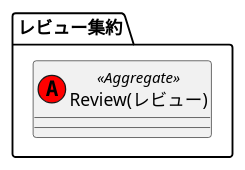
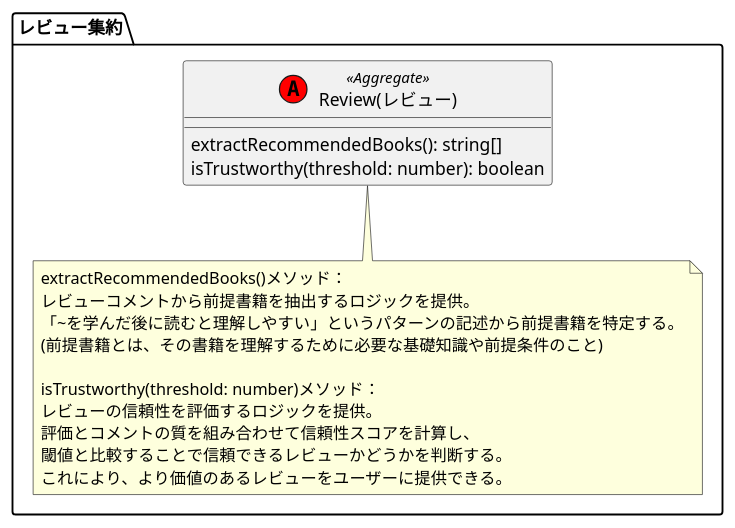
Before and after one commit to y-takagiiii/ddd-bookstore-catalog: the diagram in CatalogService/Domain/models/Review/Review.pu, drawn with PlantUML.

Commit message:
レビュー集約にビジネスロジックを追加

```diff
--- a/CatalogService/Domain/models/Review/Review.pu
+++ b/CatalogService/Domain/models/Review/Review.pu
@@ -1,4 +1,21 @@
 package "レビュー集約" {
   '1. 集約とポリシーの表現
-  class "Review(レビュー)" as Review << (A, red) Aggregate >> {}
+  class "Review(レビュー)" as Review << (A, red) Aggregate >> {
+    extractRecommendedBooks(): string[]
+    isTrustworthy(threshold: number): boolean
+  }
+
+  '2 ビジネスルールの具体化
+  note bottom of Review
+    extractRecommendedBooks()メソッド：
+    レビューコメントから前提書籍を抽出するロジックを提供。
+    「~を学んだ後に読むと理解しやすい」というパターンの記述から前提書籍を特定する。
+    (前提書籍とは、その書籍を理解するために必要な基礎知識や前提条件のこと)
+
+    isTrustworthy(threshold: number)メソッド：
+    レビューの信頼性を評価するロジックを提供。
+    評価とコメントの質を組み合わせて信頼性スコアを計算し、
+    閾値と比較することで信頼できるレビューかどうかを判断する。
+    これにより、より価値のあるレビューをユーザーに提供できる。
+  end note
 }
```
